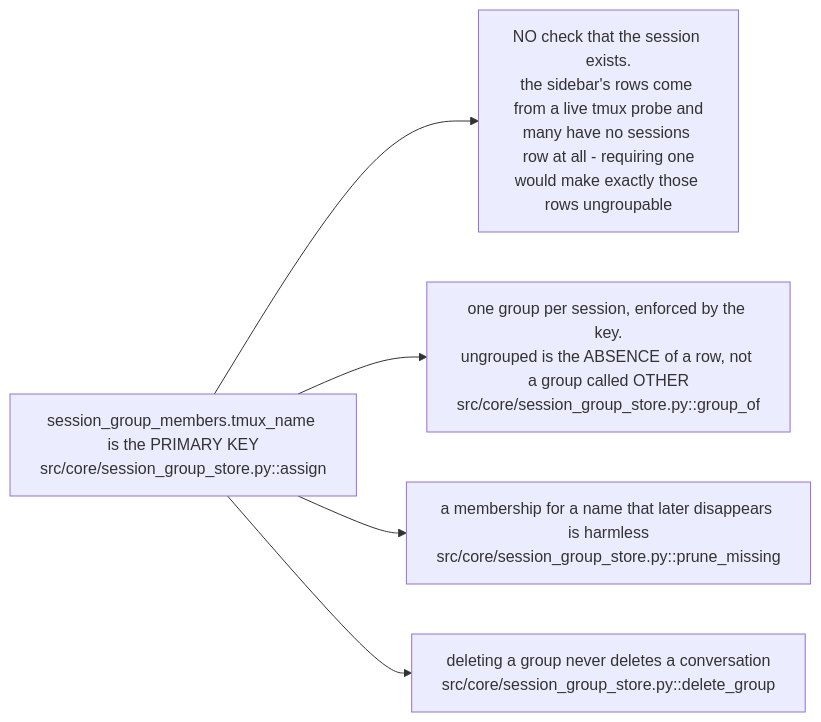
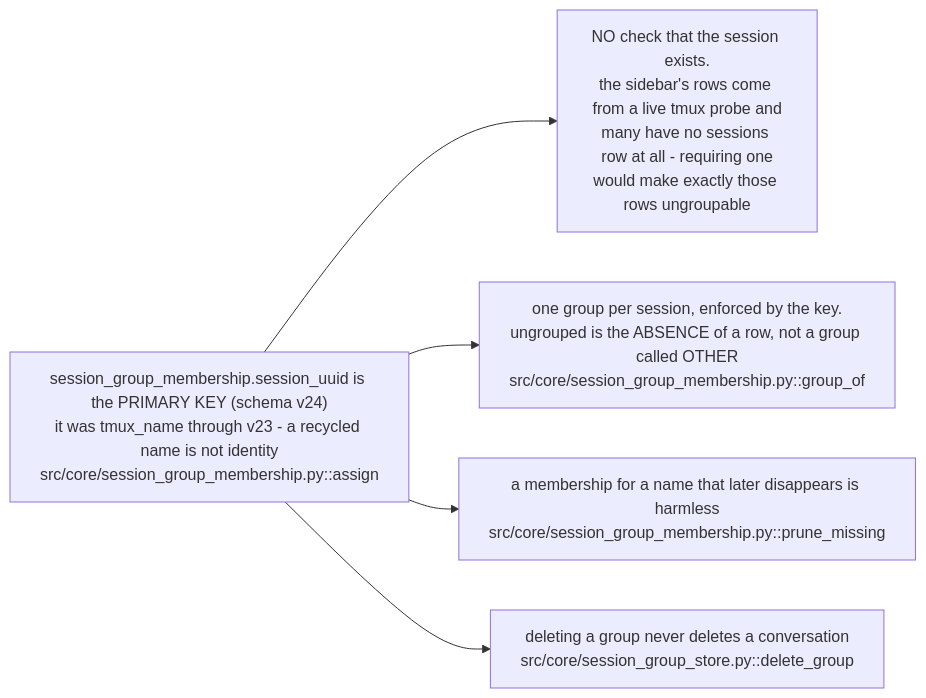
The sixth of 9 diagrams in docs/session-project-operations.md (ccsliinc/CloudeCode), drawn with Mermaid before and after one commit. The commit also changed other lines of this file and 2 other files, not shown here.

First paragraph of the commit message:
docs(sessions): let the two drift charts see the imported origin
Three guard tests caught what the last two commits moved, which is what
they are for.

````diff
--- a/docs/session-project-operations.md
+++ b/docs/session-project-operations.md
@@ -240,8 +240,8 @@
 ```mermaid
 graph LR
-    G["session_group_members.tmux_name is the PRIMARY KEY<br/>src/core/session_group_store.py::assign"]
+    G["session_group_membership.session_uuid is the PRIMARY KEY (schema v24)<br/>it was tmux_name through v23 - a recycled name is not identity<br/>src/core/session_group_membership.py::assign"]
     G --> G1["NO check that the session exists.<br/>the sidebar's rows come from a live tmux probe and<br/>many have no sessions row at all - requiring one<br/>would make exactly those rows ungroupable"]
-    G --> G2["one group per session, enforced by the key.<br/>ungrouped is the ABSENCE of a row, not a group called OTHER<br/>src/core/session_group_store.py::group_of"]
-    G --> G3["a membership for a name that later disappears is harmless<br/>src/core/session_group_store.py::prune_missing"]
+    G --> G2["one group per session, enforced by the key.<br/>ungrouped is the ABSENCE of a row, not a group called OTHER<br/>src/core/session_group_membership.py::group_of"]
+    G --> G3["a membership for a name that later disappears is harmless<br/>src/core/session_group_membership.py::prune_missing"]
     G --> G4["deleting a group never deletes a conversation<br/>src/core/session_group_store.py::delete_group"]
 ```
````
